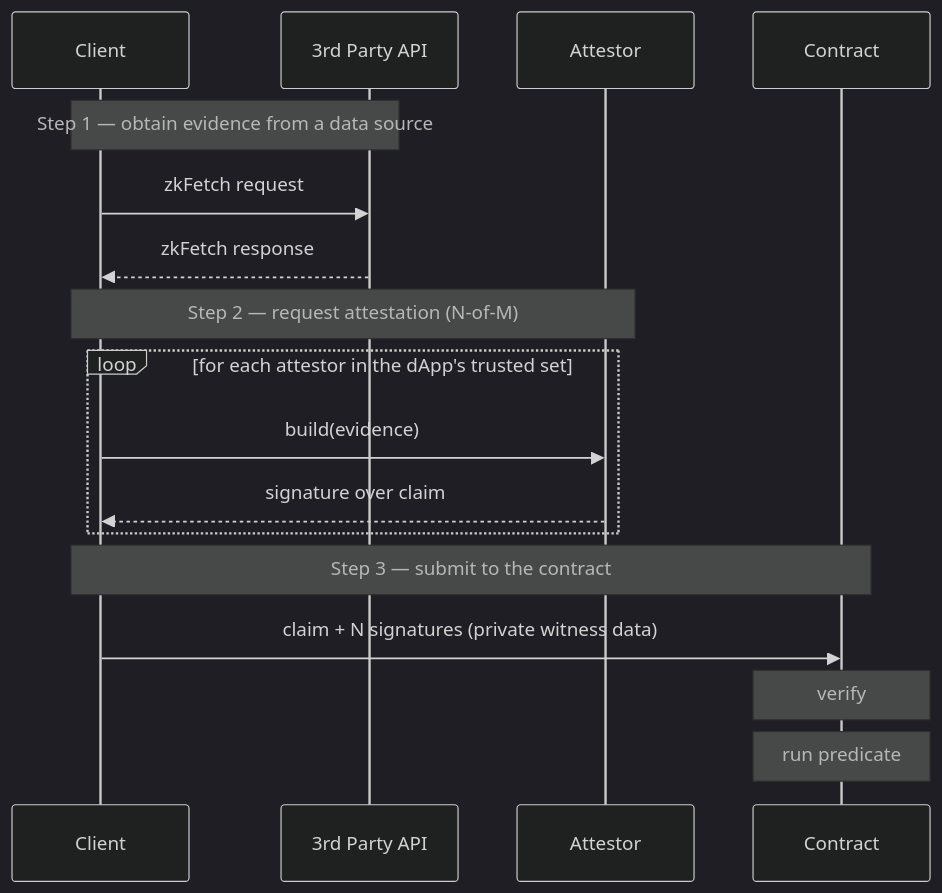
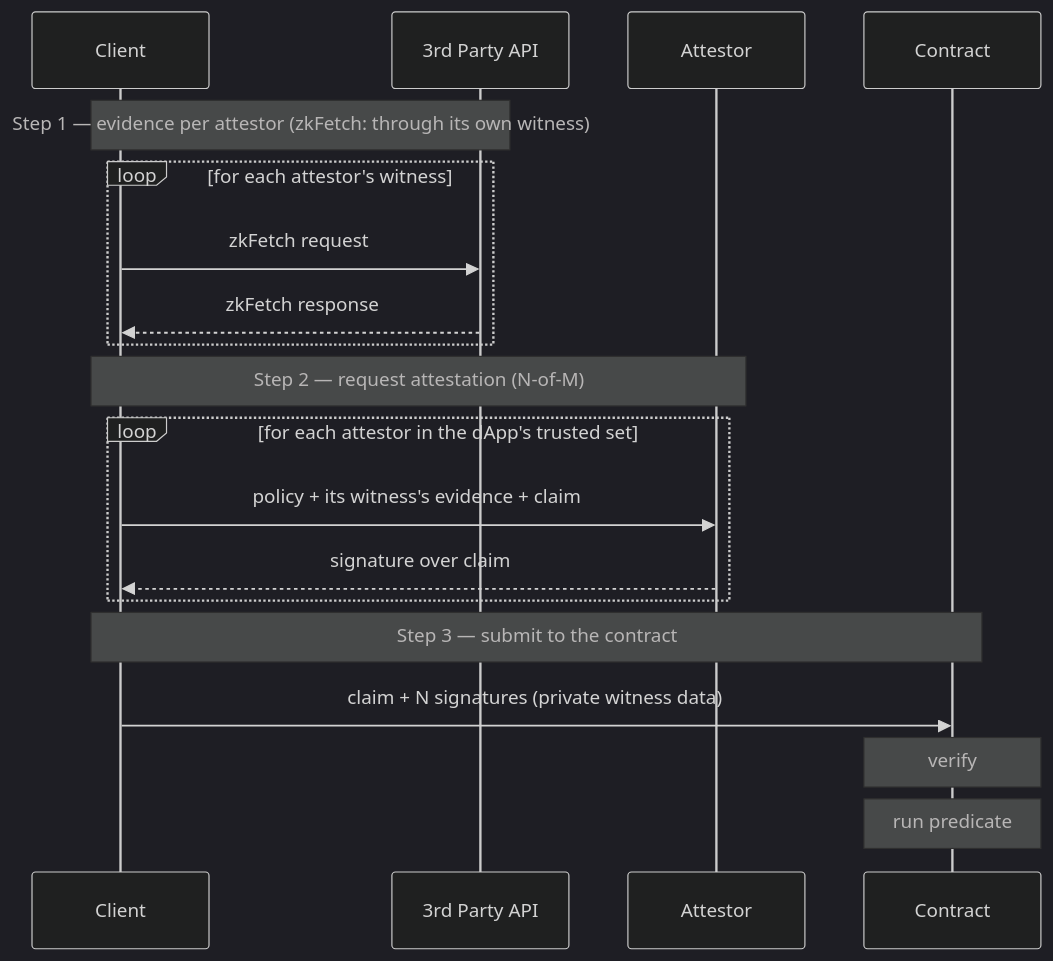
Before and after one commit to txpipe/thoth: the diagram in docs/DESIGN.md, drawn with Mermaid (dark theme). The commit also changed other lines of this file and 4 other files, not shown here.

First line of the commit message:
docs(zk-tls): describe one witness per attestor

````diff
--- a/docs/DESIGN.md
+++ b/docs/DESIGN.md
@@ -96,22 +96,24 @@
 ```mermaid
 sequenceDiagram
     participant Client
     participant API as 3rd Party API
     participant Attestor
     participant Contract
 
-    Note over Client,API: Step 1 — obtain evidence from a data source
-    Client->>API: zkFetch request
-    API-->>Client: zkFetch response
+    Note over Client,API: Step 1 — evidence per attestor (zkFetch: through its own witness)
+    loop for each attestor's witness
+        Client->>API: zkFetch request
+        API-->>Client: zkFetch response
+    end
 
     Note over Client,Attestor: Step 2 — request attestation (N-of-M)
     loop for each attestor in the dApp's trusted set
-        Client->>Attestor: build(evidence)
+        Client->>Attestor: policy + its witness's evidence + claim
         Attestor-->>Client: signature over claim
     end
 
     Note over Client,Contract: Step 3 — submit to the contract
     Client->>Contract: claim + N signatures (private witness data)
     Note over Contract: verify
     Note over Contract: run predicate
 ```
````
